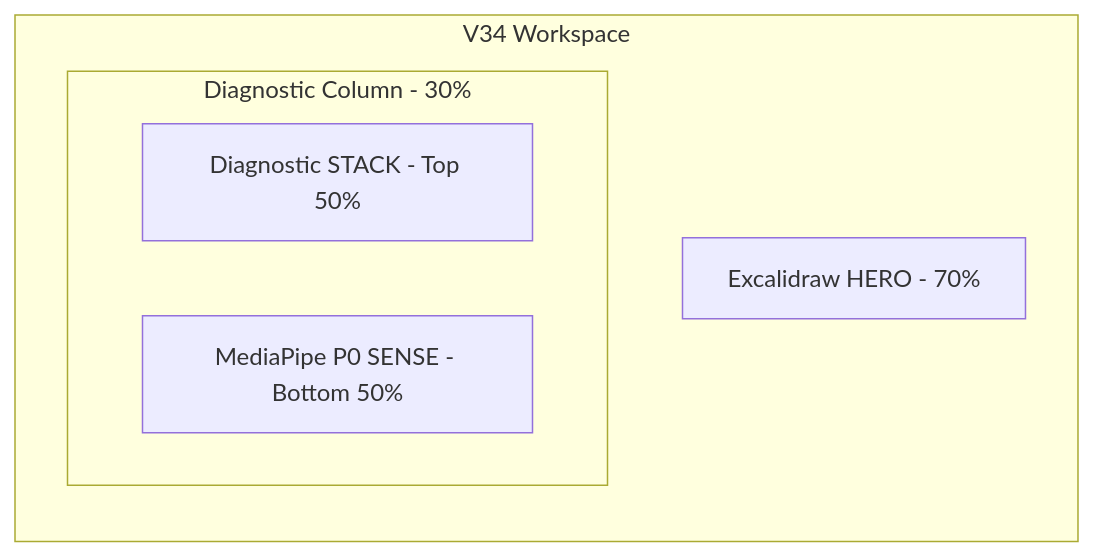
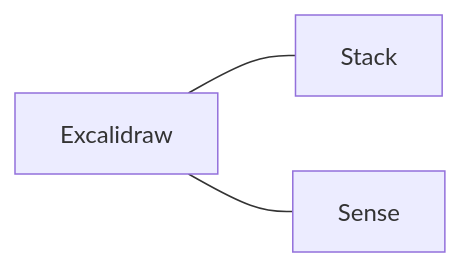
Before and after one commit to TTaoGaming/hfo-gen-88-chromebook-v1: the first of 4 diagrams in hfo_hot_obsidian/bronze/2_areas/mission_thread_omega/omega_workspace_v34_analysis.md, drawn with Mermaid. The commit also changed other lines of this file, not shown here.

Commit message:
docs(omega): fix unclosed mermaid blocks and simplify syntax

````diff
--- a/hfo_hot_obsidian/bronze/2_areas/mission_thread_omega/omega_workspace_v34_analysis.md
+++ b/hfo_hot_obsidian/bronze/2_areas/mission_thread_omega/omega_workspace_v34_analysis.md
@@ -13,10 +7,5 @@
 ```mermaid
 graph LR
-    subgraph "V34 Workspace"
-        H[Excalidraw HERO - 70%]
-        subgraph "Diagnostic Column - 30%"
-            RT[Diagnostic STACK - Top 50%]
-            RB[MediaPipe P0 SENSE - Bottom 50%]
-        end
-    end
+    H[Excalidraw] --- RT[Stack]
+    H --- RB[Sense]
 ```
````
